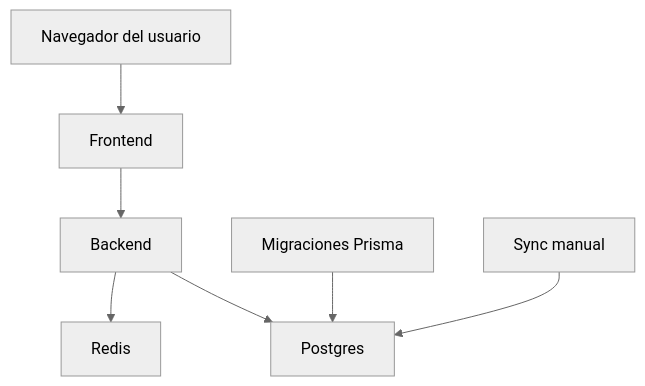
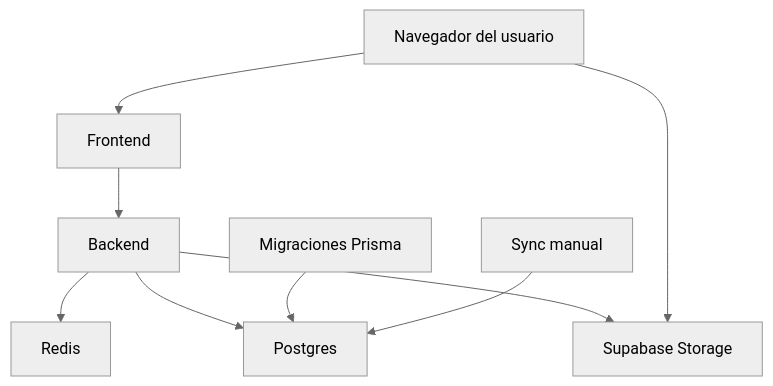
The diagram in README.md (Unizar-30226-2026-11/infraestructura-proyecto), drawn with Mermaid (neutral theme) before and after one commit.

Commit message:
docs(README.md): Supabase Storage

````diff
--- a/README.md
+++ b/README.md
@@ -16,9 +16,11 @@
 ```mermaid
 graph TD
     U[Navegador del usuario] --> F[Frontend]
     F --> B[Backend]
     B --> R[Redis]
-   B --> D[Postgres]
+    B --> D[Postgres]
+    B --> S[Supabase Storage]
     M[Migraciones Prisma] --> D
    X[Sync manual] --> D
+   U --> S
 ```
````
